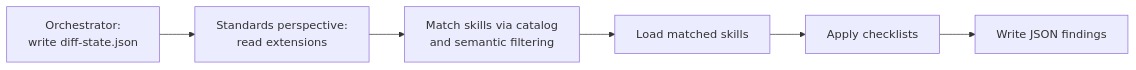
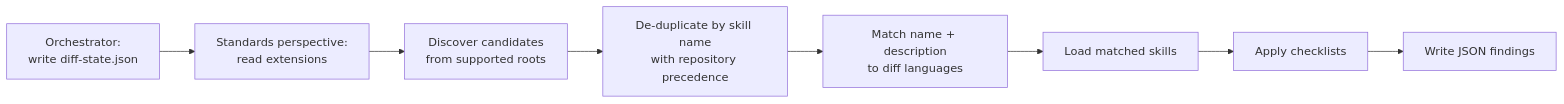
One commit to microsoft/hve-core changed the first of 2 diagrams in docs/agents/code-review/language-skills.md. Above: the diagram before and after it, drawn with Mermaid. The commit also changed other lines of this file and 5 other files, not shown here.

````diff
--- a/docs/agents/code-review/language-skills.md
+++ b/docs/agents/code-review/language-skills.md
@@ -30,8 +30,10 @@
 ```mermaid
 flowchart LR
   A["Orchestrator:<br/>write diff-state.json"] --> B["Standards perspective:<br/>read extensions"]
-  B --> C["Match skills via catalog<br/>and semantic filtering"]
-  C --> D["Load matched skills"]
+  B --> C["Discover candidates<br/>from supported roots"]
+  C --> G["De-duplicate by skill name<br/>with repository precedence"]
+  G --> H["Match name + description<br/>to diff languages"]
+  H --> D["Load matched skills"]
   D --> E["Apply checklists"]
   E --> F["Write JSON findings"]
 ```
````
